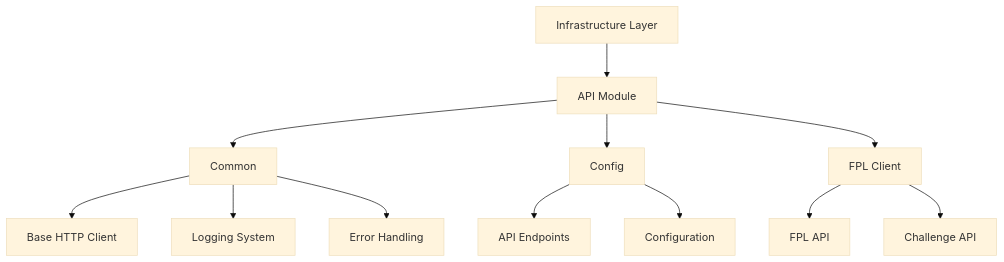
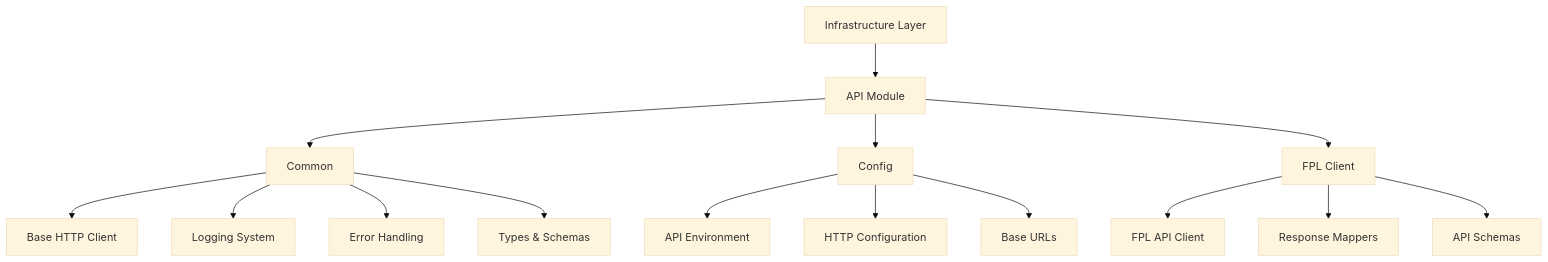
One commit to tonglam/letletme_data changed the diagram in documemtation/Infrastructure_Layer.md. Above: the diagram before and after it, drawn with Mermaid (base theme). The commit also changed other lines of this file and 44 other files, not shown here.

First line of the commit message:
Implement FPL Data Management Schema and Refactor Event Handling

````diff
--- a/documemtation/Infrastructure_Layer.md
+++ b/documemtation/Infrastructure_Layer.md
@@ -9,17 +7,20 @@
 ```mermaid
 graph TD
     A[Infrastructure Layer] --> B[API Module]
     B --> C[Common]
     B --> D[Config]
     B --> E[FPL Client]
 
     C --> F[Base HTTP Client]
     C --> G[Logging System]
     C --> H[Error Handling]
+    C --> I[Types & Schemas]
 
-    D --> I[API Endpoints]
-    D --> J[Configuration]
+    D --> J[API Environment]
+    D --> K[HTTP Configuration]
+    D --> L[Base URLs]
 
-    E --> K[FPL API]
-    E --> L[Challenge API]
+    E --> M[FPL API Client]
+    E --> N[Response Mappers]
+    E --> O[API Schemas]
 ```
````
